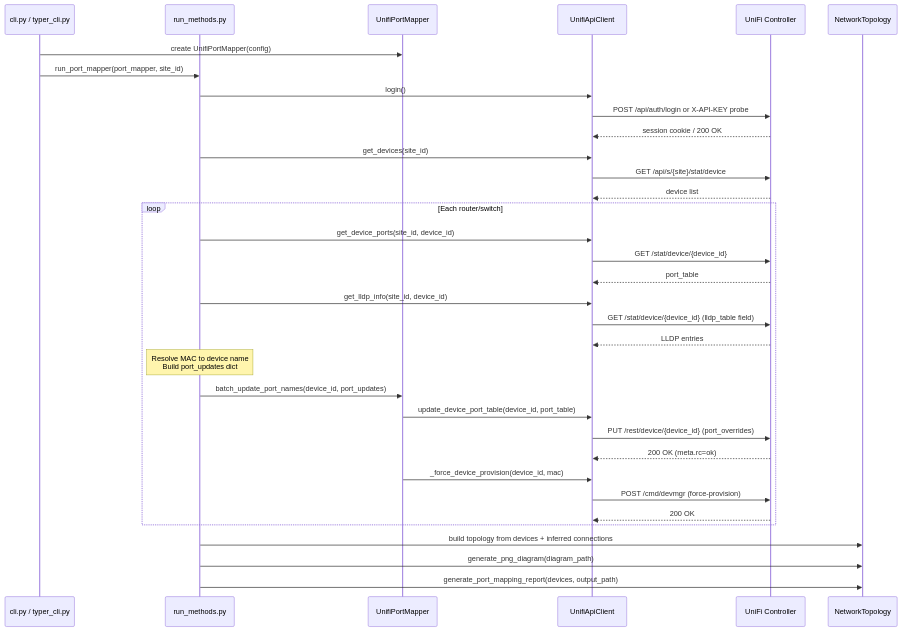
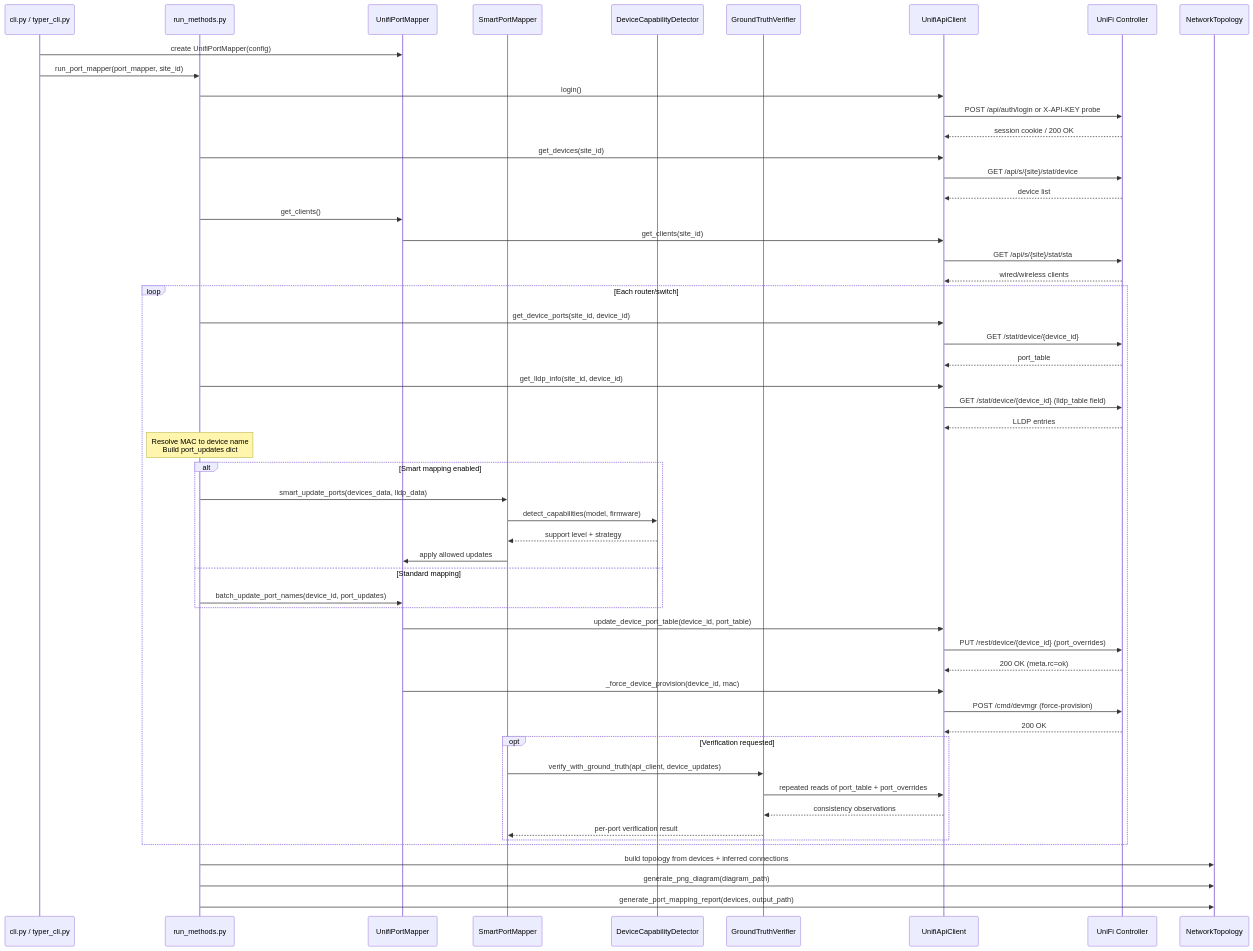
Before and after one commit to NetDevAutomate/unifi_management_cli: the ninth of 16 diagrams in docs/architecture/codemap.md, drawn with Mermaid. The commit also changed other lines of this file and 14 other files, not shown here.

````diff
--- a/docs/architecture/codemap.md
+++ b/docs/architecture/codemap.md
@@ -1014,37 +1192,57 @@
 ```mermaid
 sequenceDiagram
     participant CLI as cli.py / typer_cli.py
     participant RM as run_methods.py
     participant PM as UnifiPortMapper
+    participant SM as SmartPortMapper
+    participant CAP as DeviceCapabilityDetector
+    participant GTV as GroundTruthVerifier
     participant AC as UnifiApiClient
     participant UC as UniFi Controller
     participant NT as NetworkTopology
 
     CLI->>PM: create UnifiPortMapper(config)
     CLI->>RM: run_port_mapper(port_mapper, site_id)
     RM->>AC: login()
     AC->>UC: POST /api/auth/login or X-API-KEY probe
     UC-->>AC: session cookie / 200 OK
     RM->>AC: get_devices(site_id)
     AC->>UC: GET /api/s/{site}/stat/device
     UC-->>AC: device list
+    RM->>PM: get_clients()
+    PM->>AC: get_clients(site_id)
+    AC->>UC: GET /api/s/{site}/stat/sta
+    UC-->>AC: wired/wireless clients
     loop Each router/switch
         RM->>AC: get_device_ports(site_id, device_id)
         AC->>UC: GET /stat/device/{device_id}
         UC-->>AC: port_table
         RM->>AC: get_lldp_info(site_id, device_id)
         AC->>UC: GET /stat/device/{device_id} (lldp_table field)
         UC-->>AC: LLDP entries
         Note over RM: Resolve MAC to device name<br/>Build port_updates dict
-        RM->>PM: batch_update_port_names(device_id, port_updates)
+        alt Smart mapping enabled
+            RM->>SM: smart_update_ports(devices_data, lldp_data)
+            SM->>CAP: detect_capabilities(model, firmware)
+            CAP-->>SM: support level + strategy
+            SM->>PM: apply allowed updates
+        else Standard mapping
+            RM->>PM: batch_update_port_names(device_id, port_updates)
+        end
         PM->>AC: update_device_port_table(device_id, port_table)
         AC->>UC: PUT /rest/device/{device_id} (port_overrides)
         UC-->>AC: 200 OK (meta.rc=ok)
         PM->>AC: _force_device_provision(device_id, mac)
         AC->>UC: POST /cmd/devmgr (force-provision)
         UC-->>AC: 200 OK
+        opt Verification requested
+            SM->>GTV: verify_with_ground_truth(api_client, device_updates)
+            GTV->>AC: repeated reads of port_table + port_overrides
+            AC-->>GTV: consistency observations
+            GTV-->>SM: per-port verification result
+        end
     end
     RM->>NT: build topology from devices + inferred connections
     RM->>NT: generate_png_diagram(diagram_path)
     RM->>NT: generate_port_mapping_report(devices, output_path)
 ```
````
